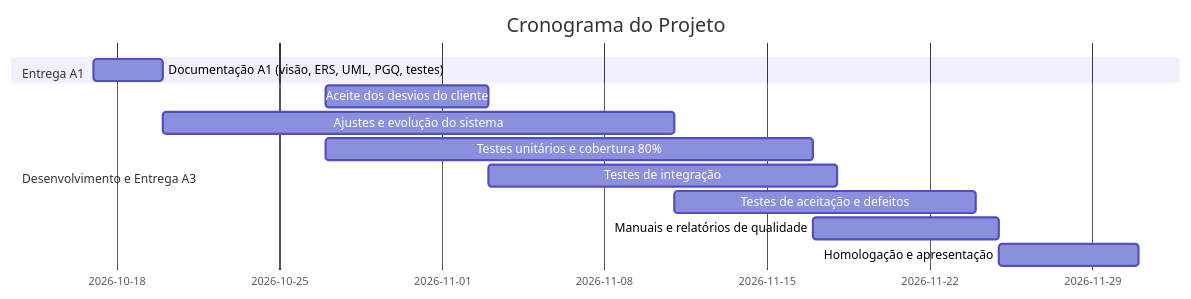
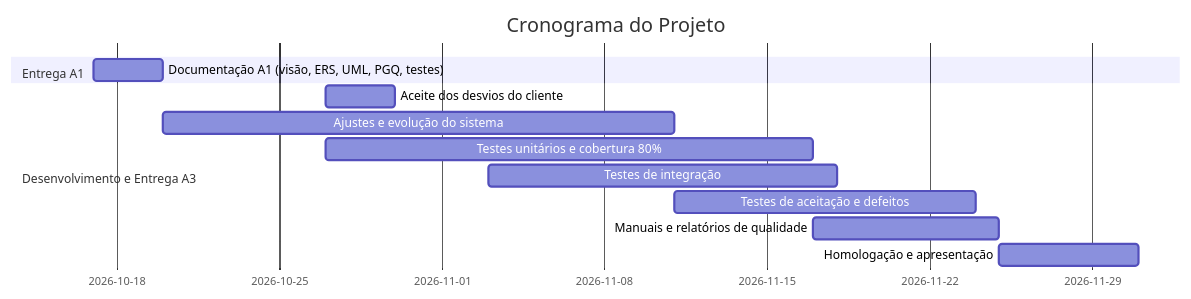
Before and after one commit to jvfraga01/Projeto_FolhaPagamento: the second of 2 diagrams in 03_Projeto/Planejamento_do_Projeto.md, drawn with Mermaid. The commit also changed other lines of this file, not shown here.

````diff
--- a/03_Projeto/Planejamento_do_Projeto.md
+++ b/03_Projeto/Planejamento_do_Projeto.md
@@ -34,17 +34,17 @@
 ```mermaid
 gantt
     title Cronograma do Projeto
     dateFormat YYYY-MM-DD
 
     section Entrega A1
     Documentação A1 (visão, ERS, UML, PGQ, testes) :tarefa1, 2026-10-17, 2026-10-20
 
     section Desenvolvimento e Entrega A3
-    Aceite dos desvios do cliente :tarefa8, 2026-10-27, 2026-11-03
+    Aceite dos desvios do cliente :tarefa8, 2026-10-27, 2026-10-30
     Ajustes e evolução do sistema :tarefa2, 2026-10-20, 2026-11-11
     Testes unitários e cobertura 80% :tarefa3, 2026-10-27, 2026-11-17
     Testes de integração :tarefa4, 2026-11-03, 2026-11-18
     Testes de aceitação e defeitos :tarefa5, 2026-11-11, 2026-11-24
     Manuais e relatórios de qualidade :tarefa6, 2026-11-17, 2026-11-25
     Homologação e apresentação :tarefa7, 2026-11-25, 2026-12-01
 ```
````
